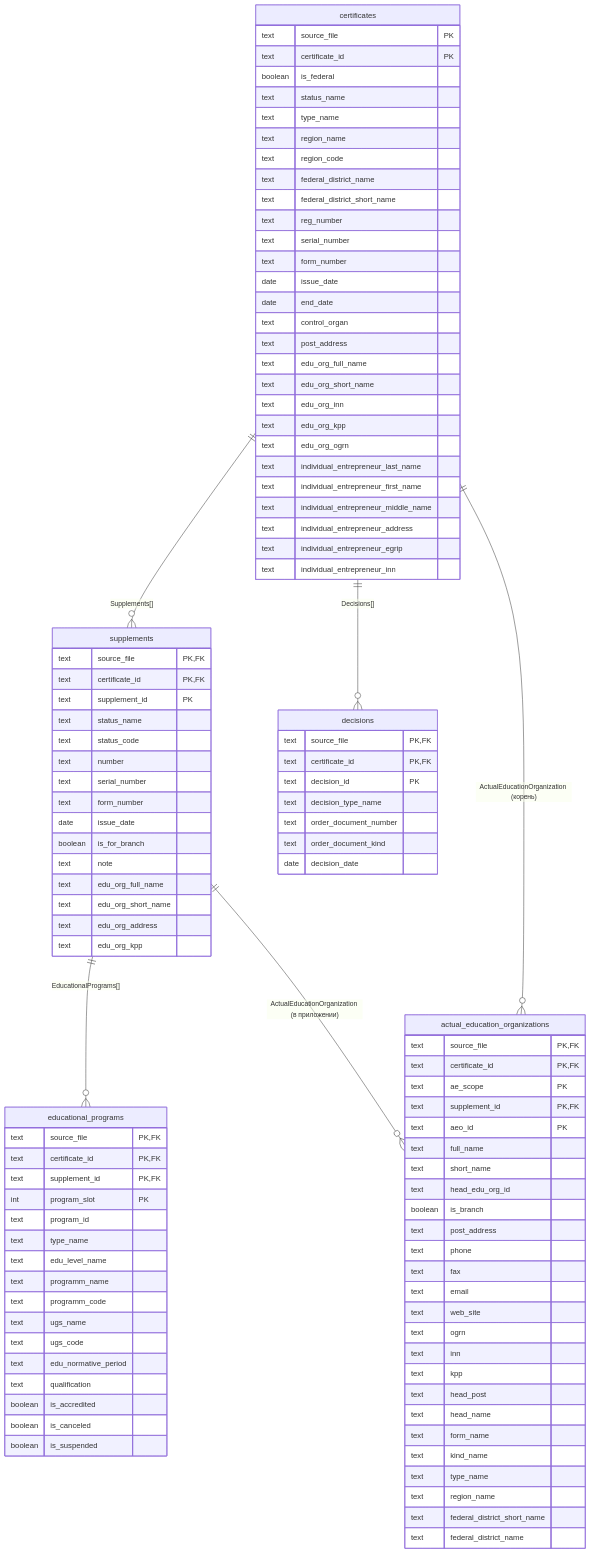
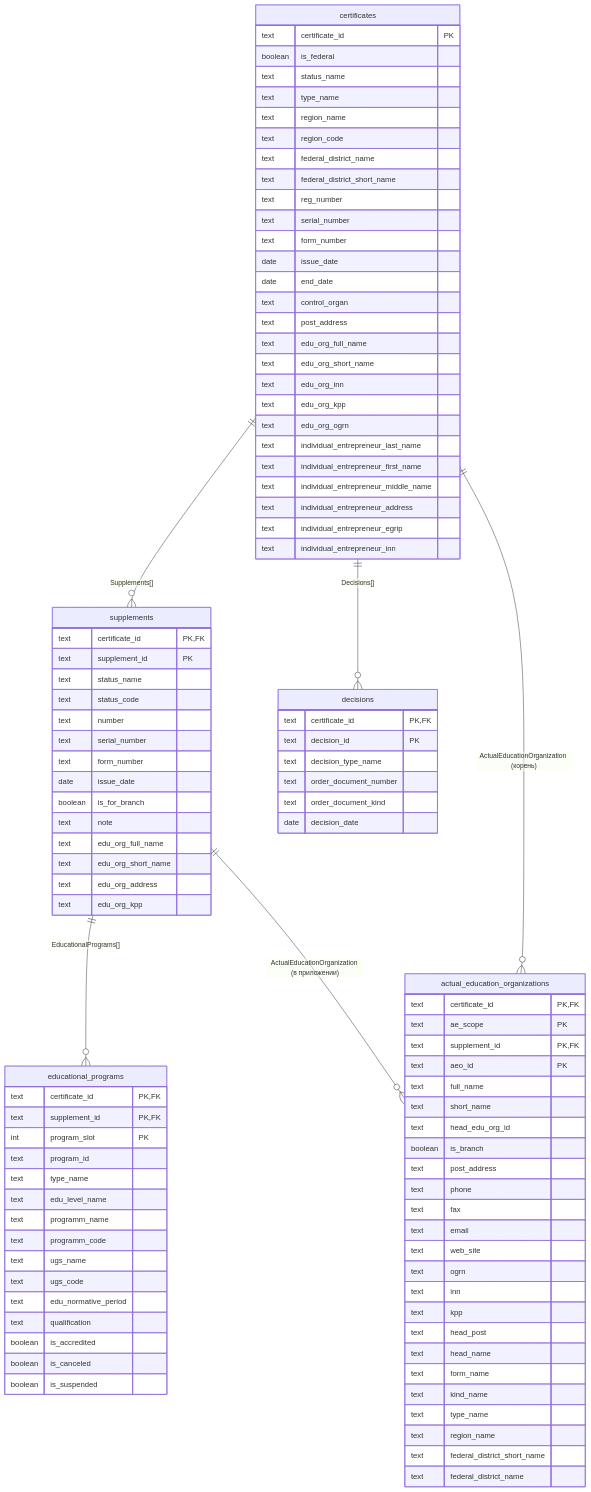
Before and after one commit to kscht/accredreestr_converter: the diagram in docs/diagrams/sql_schema_er.md, drawn with Mermaid. The commit also changed 19 other files, not shown here.

```diff
--- a/docs/diagrams/sql_schema_er.md
+++ b/docs/diagrams/sql_schema_er.md
@@ -17,7 +17,6 @@
   supplements ||--o{ actual_education_organizations : "ActualEducationOrganization (в приложении)"
 
   certificates {
-    text source_file PK
     text certificate_id PK
     boolean is_federal
     text status_name
@@ -47,7 +46,6 @@
   }
 
   supplements {
-    text source_file PK, FK
     text certificate_id PK, FK
     text supplement_id PK
     text status_name
@@ -65,7 +63,6 @@
   }
 
   decisions {
-    text source_file PK, FK
     text certificate_id PK, FK
     text decision_id PK
     text decision_type_name
@@ -75,7 +72,6 @@
   }
 
   educational_programs {
-    text source_file PK, FK
     text certificate_id PK, FK
     text supplement_id PK, FK
     int program_slot PK
@@ -94,7 +90,6 @@
   }
 
   actual_education_organizations {
-    text source_file PK, FK
     text certificate_id PK, FK
     text ae_scope PK
     text supplement_id PK, FK
```
